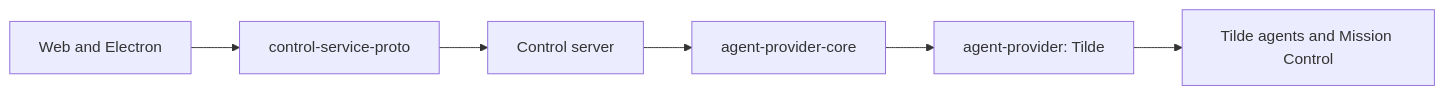
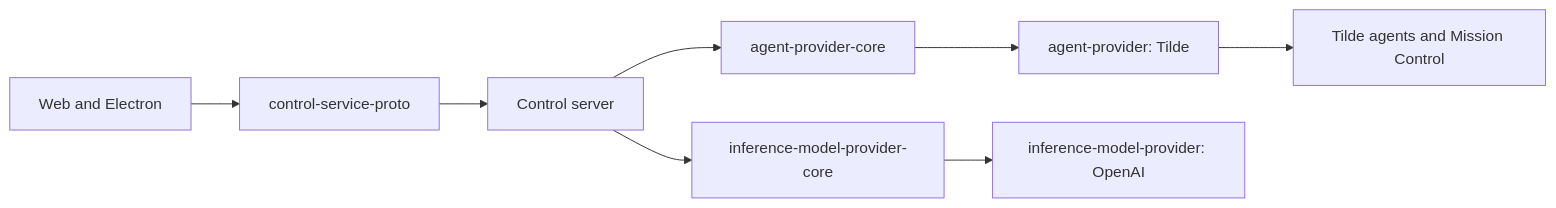
Before and after one commit to trytilde/dispatch: the diagram in docs/adrs/0004-domain-provider-packages.md, drawn with Mermaid. The commit also changed other lines of this file and 13 other files, not shown here.

First line of the commit message:
feat(inference): add model provider boundary

````diff
--- a/docs/adrs/0004-domain-provider-packages.md
+++ b/docs/adrs/0004-domain-provider-packages.md
@@ -50,8 +58,10 @@
 ```mermaid
 flowchart LR
   W["Web and Electron"] --> C["control-service-proto"]
   C --> S["Control server"]
   S --> A["agent-provider-core"]
   A --> T["agent-provider: Tilde"]
   T --> M["Tilde agents and Mission Control"]
+  S --> I["inference-model-provider-core"]
+  I --> O["inference-model-provider: OpenAI"]
 ```
````
